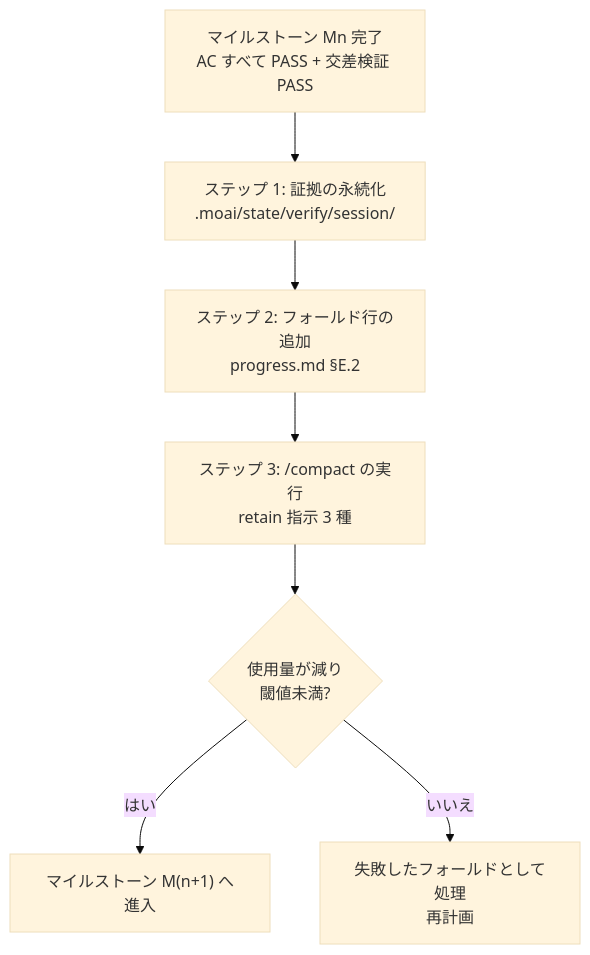
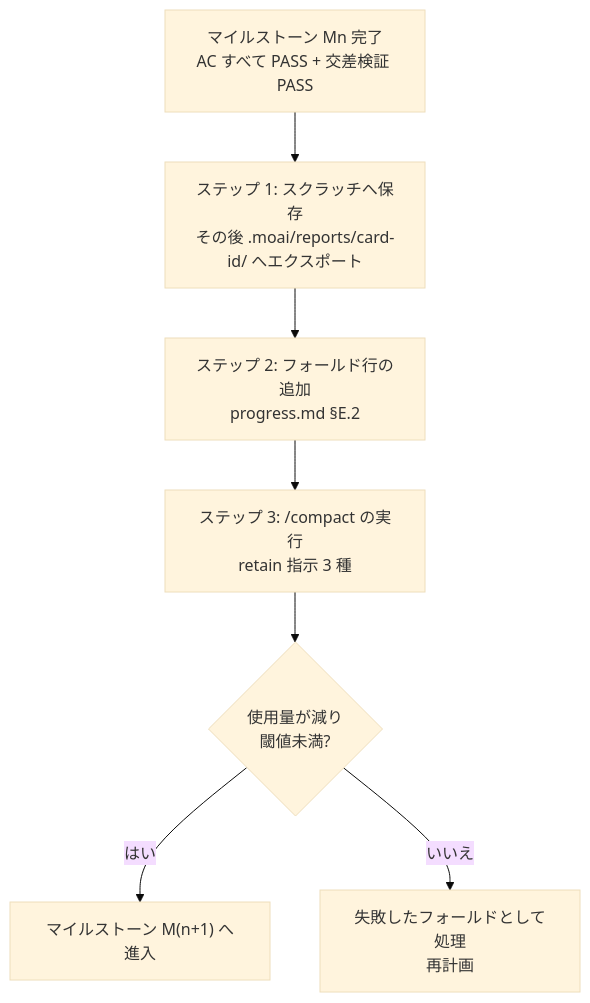
One commit to modu-ai/moai-adk changed the fourth of 5 diagrams in docs-site/content/ja/advanced/agent-guide.md. Above: the diagram before and after it, drawn with Mermaid (base theme). The commit also changed other lines of this file and 15 other files, not shown here.

````diff
--- a/docs-site/content/ja/advanced/agent-guide.md
+++ b/docs-site/content/ja/advanced/agent-guide.md
@@ -186,9 +186,9 @@
 ```mermaid
 flowchart TD
-    MN["マイルストーン Mn 完了<br>AC すべて PASS + 交差検証 PASS"] --> S1["ステップ 1: 証拠の永続化<br>.moai/state/verify/session/"]
+    MN["マイルストーン Mn 完了<br>AC すべて PASS + 交差検証 PASS"] --> S1["ステップ 1: スクラッチへ保存<br>その後 .moai/reports/card-id/ へエクスポート"]
     S1 --> S2["ステップ 2: フォールド行の追加<br>progress.md §E.2"]
     S2 --> S3["ステップ 3: /compact の実行<br>retain 指示 3 種"]
     S3 --> CHECK{"使用量が減り<br>閾値未満?"}
     CHECK -->|"はい"| NEXT["マイルストーン M(n+1) へ進入"]
     CHECK -->|"いいえ"| REPLAN["失敗したフォールドとして処理<br>再計画"]
 ```
````
